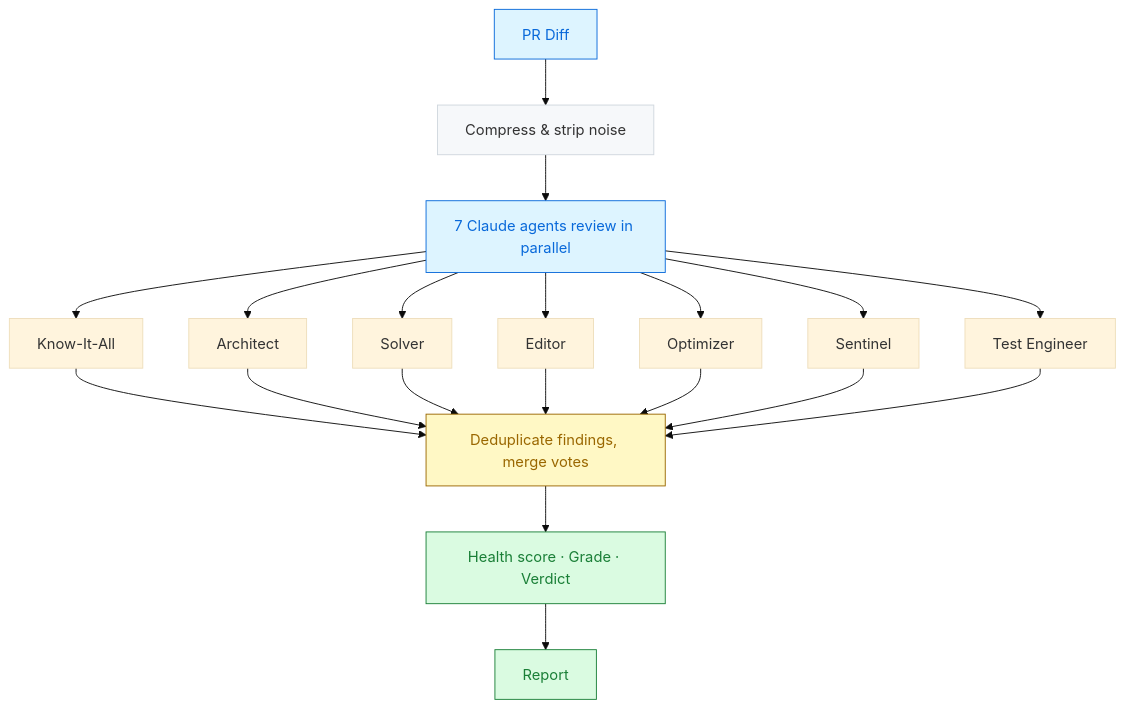
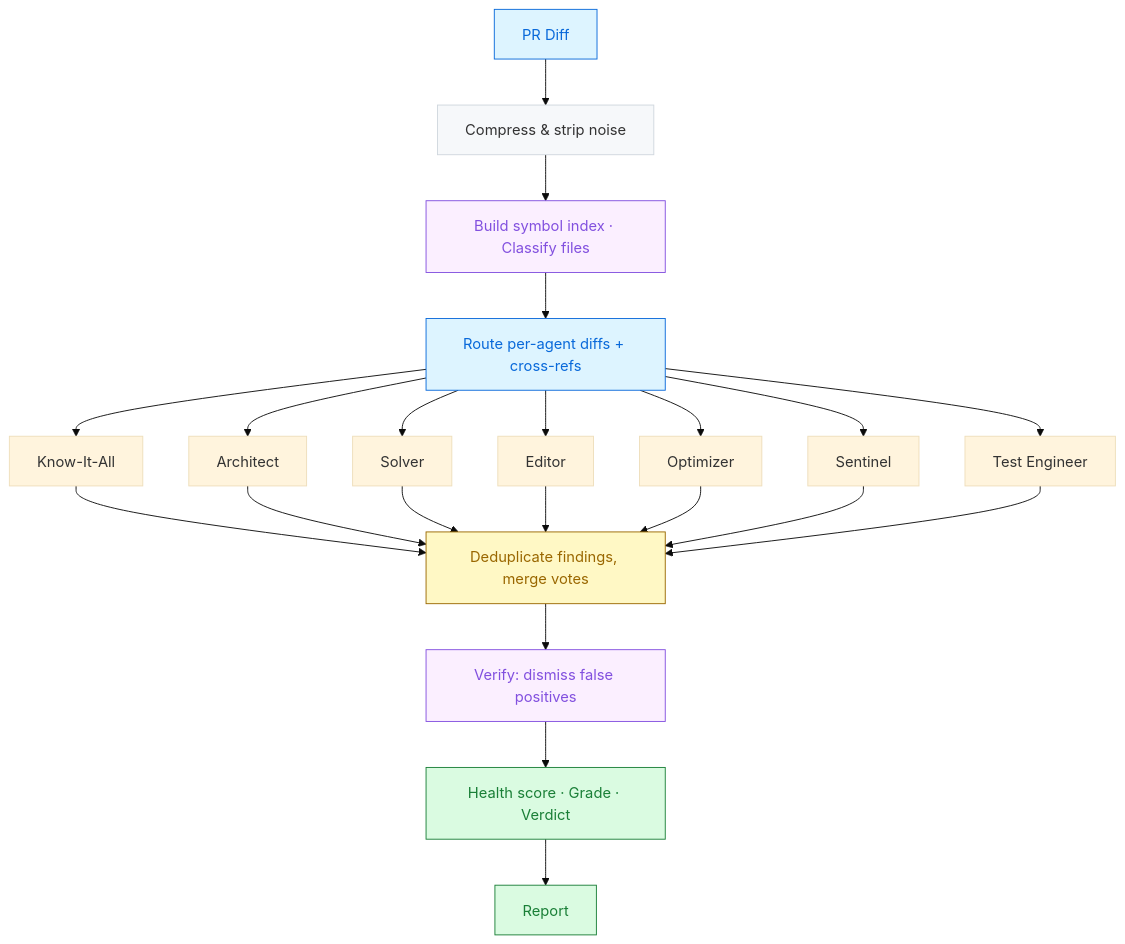
Before and after one commit to arinorr/prism: the diagram in README.md, drawn with Mermaid (base theme). The commit also changed other lines of this file and 17 other files, not shown here.

````diff
--- a/README.md
+++ b/README.md
@@ -44,31 +44,35 @@
 ```mermaid
 graph TD
     A["PR Diff"] --> B["Compress & strip noise"]
-    B --> C["7 Claude agents review in parallel"]
+    B --> X["Build symbol index · Classify files"]
+    X --> C["Route per-agent diffs + cross-refs"]
 
     C --> D["Know-It-All"]
     C --> E["Architect"]
     C --> F["Solver"]
     C --> G["Editor"]
     C --> H["Optimizer"]
     C --> I["Sentinel"]
     C --> J["Test Engineer"]
 
     D --> K["Deduplicate findings, merge votes"]
     E --> K
     F --> K
     G --> K
     H --> K
     I --> K
     J --> K
 
-    K --> L["Health score · Grade · Verdict"]
+    K --> V["Verify: dismiss false positives"]
+    V --> L["Health score · Grade · Verdict"]
     L --> M["Report"]
 
     style A fill:#ddf4ff,stroke:#0969da,color:#0969da
     style B fill:#f6f8fa,stroke:#d0d7de
+    style X fill:#fbefff,stroke:#8250df,color:#8250df
     style C fill:#ddf4ff,stroke:#0969da,color:#0969da
     style K fill:#fff8c5,stroke:#9a6700,color:#9a6700
+    style V fill:#fbefff,stroke:#8250df,color:#8250df
     style L fill:#dafbe1,stroke:#1a7f37,color:#1a7f37
     style M fill:#dafbe1,stroke:#1a7f37,color:#1a7f37
 ```
````
